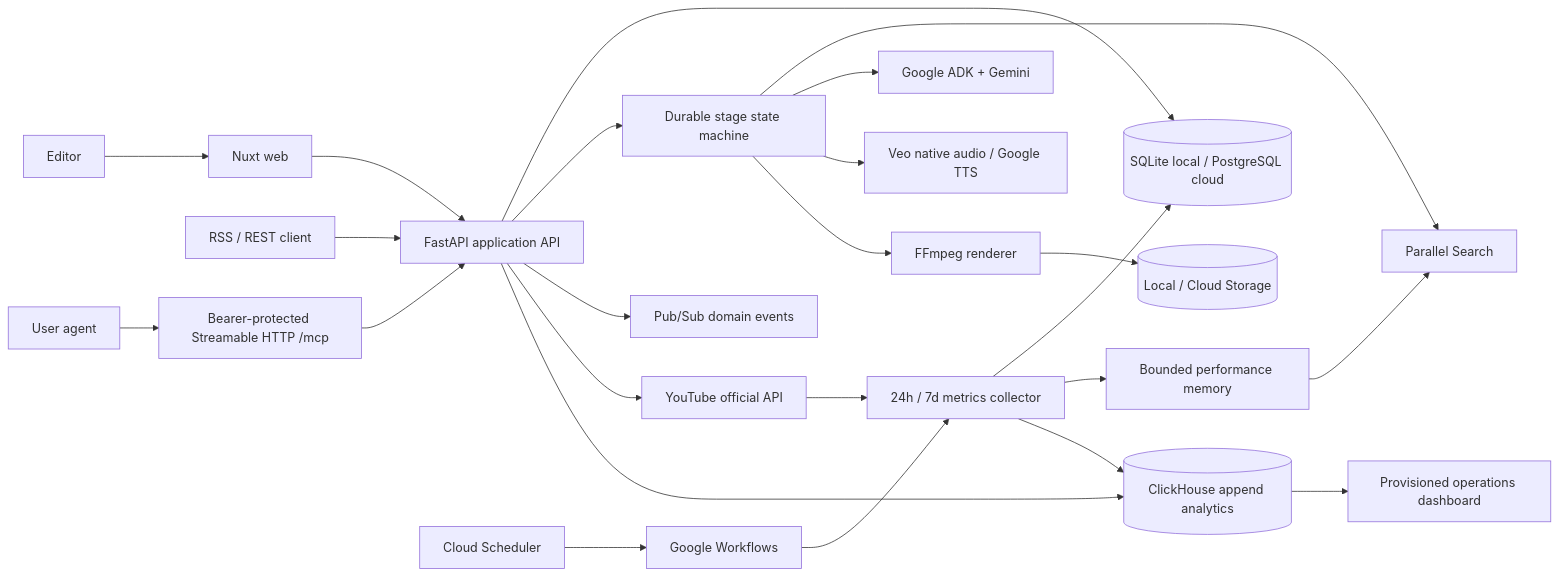
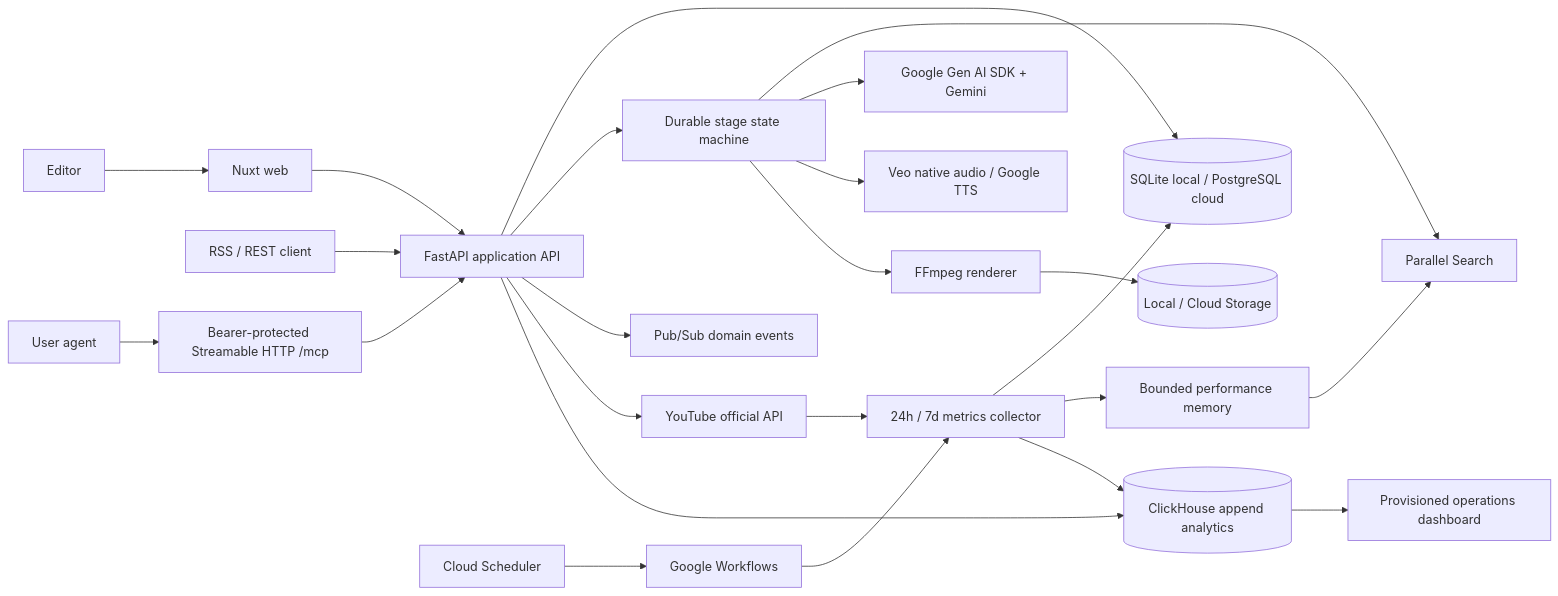
The first of 2 diagrams in docs/architecture/architecture.md (SubSchoolLTD/agentic-video-studio), drawn with Mermaid before and after one commit. The commit also changed other lines of this file and 18 other files, not shown here.

````diff
--- a/docs/architecture/architecture.md
+++ b/docs/architecture/architecture.md
@@ -9,26 +9,26 @@
 ```mermaid
 flowchart LR
   User[Editor] --> Web[Nuxt web]
   Client[RSS / REST client] --> API[FastAPI application API]
   Web --> API
   MCPClient[User agent] --> MCP[Bearer-protected Streamable HTTP /mcp]
   MCP --> API
   API --> DB[(SQLite local / PostgreSQL cloud)]
   API --> WF[Durable stage state machine]
   Scheduler[Cloud Scheduler] --> GWF[Google Workflows]
   GWF --> Metrics
   API --> PubSub[Pub/Sub domain events]
   WF --> Parallel[Parallel Search]
-  WF --> ADK[Google ADK + Gemini]
+  WF --> Gemini[Google Gen AI SDK + Gemini]
   WF --> Veo[Veo native audio / Google TTS]
   WF --> Render[FFmpeg renderer]
   Render --> Media[(Local / Cloud Storage)]
   API --> YouTube[YouTube official API]
   YouTube --> Metrics[24h / 7d metrics collector]
   Metrics --> DB
   Metrics --> Feedback[Bounded performance memory]
   Feedback --> Parallel
   Metrics --> Events[(ClickHouse append analytics)]
   API --> Events
   Events --> Grafana[Provisioned operations dashboard]
 ```
````
